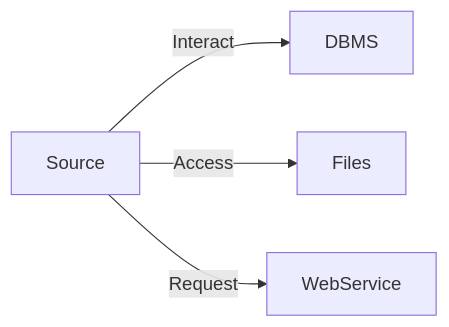
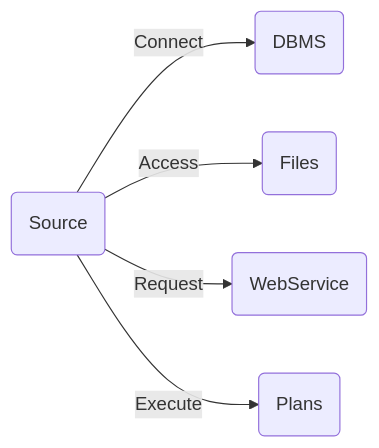
One commit to anismegdiche/metal-server changed the second of 7 diagrams in docs/documentation/about.md. Above: the diagram before and after it, drawn with Mermaid. The commit also changed other lines of this file and 125 other files, not shown here.

````diff
--- a/docs/documentation/about.md
+++ b/docs/documentation/about.md
@@ -75,6 +75,7 @@
 ```mermaid
 graph LR
-Source -- Interact --> DBMS
-Source -- Access --> Files
-Source -- Request --> WebService
+    Source(Source) -- Connect --> DBMS(DBMS)
+    Source(Source) -- Access --> Files(Files)
+    Source(Source) -- Request --> WebService(WebService)
+    Source(Source) -- Execute --> Plans(Plans)
 ```
````
